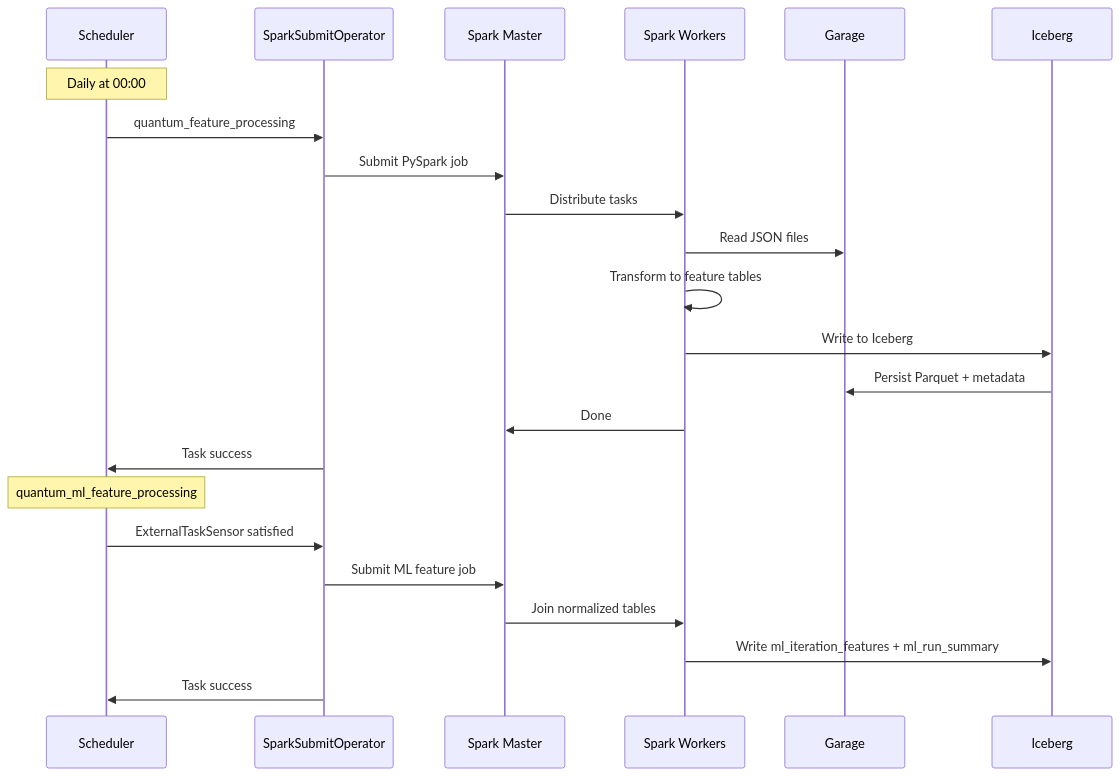
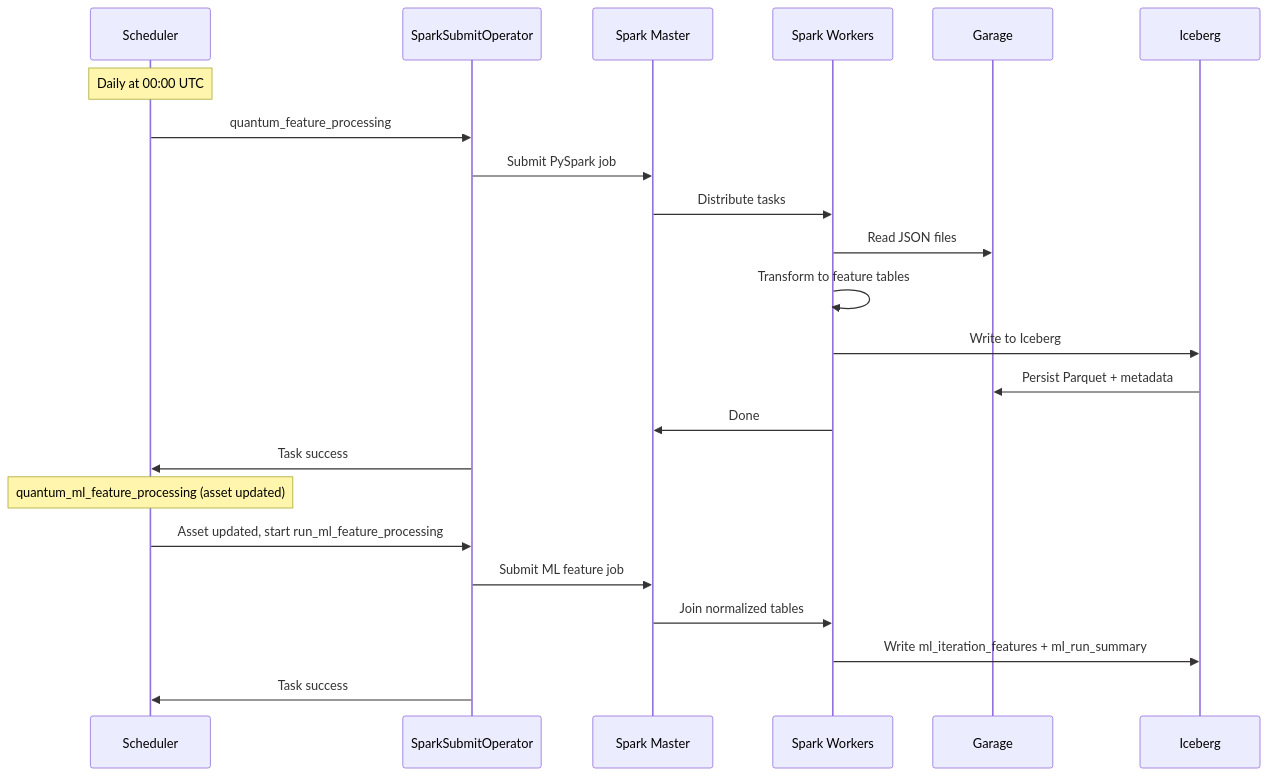
One commit to straightchlorine/quantum-pipeline changed the sixth of 6 diagrams in docs/architecture/system-design.md. Above: the diagram before and after it, drawn with Mermaid. The commit also changed other lines of this file and 64 other files, not shown here.

First line of the commit message:
Evaluation ceiling, external S3 and asset-scheduled DAGs (#97)

````diff
--- a/docs/architecture/system-design.md
+++ b/docs/architecture/system-design.md
@@ -266,30 +266,30 @@
 ```mermaid
 sequenceDiagram
     participant S as Scheduler
     participant SSO as SparkSubmitOperator
     participant SM as Spark Master
     participant SW as Spark Workers
     participant G as Garage
     participant I as Iceberg
 
-    Note over S: Daily at 00:00
+    Note over S: Daily at 00:00 UTC
     S->>SSO: quantum_feature_processing
 
     SSO->>SM: Submit PySpark job
     SM->>SW: Distribute tasks
 
     SW->>G: Read JSON files
     SW->>SW: Transform to feature tables
     SW->>I: Write to Iceberg
     I->>G: Persist Parquet + metadata
 
     SW->>SM: Done
     SSO->>S: Task success
 
-    Note over S: quantum_ml_feature_processing
-    S->>SSO: ExternalTaskSensor satisfied
+    Note over S: quantum_ml_feature_processing (asset updated)
+    S->>SSO: Asset updated, start run_ml_feature_processing
     SSO->>SM: Submit ML feature job
     SM->>SW: Join normalized tables
     SW->>I: Write ml_iteration_features + ml_run_summary
     SSO->>S: Task success
 ```
````
